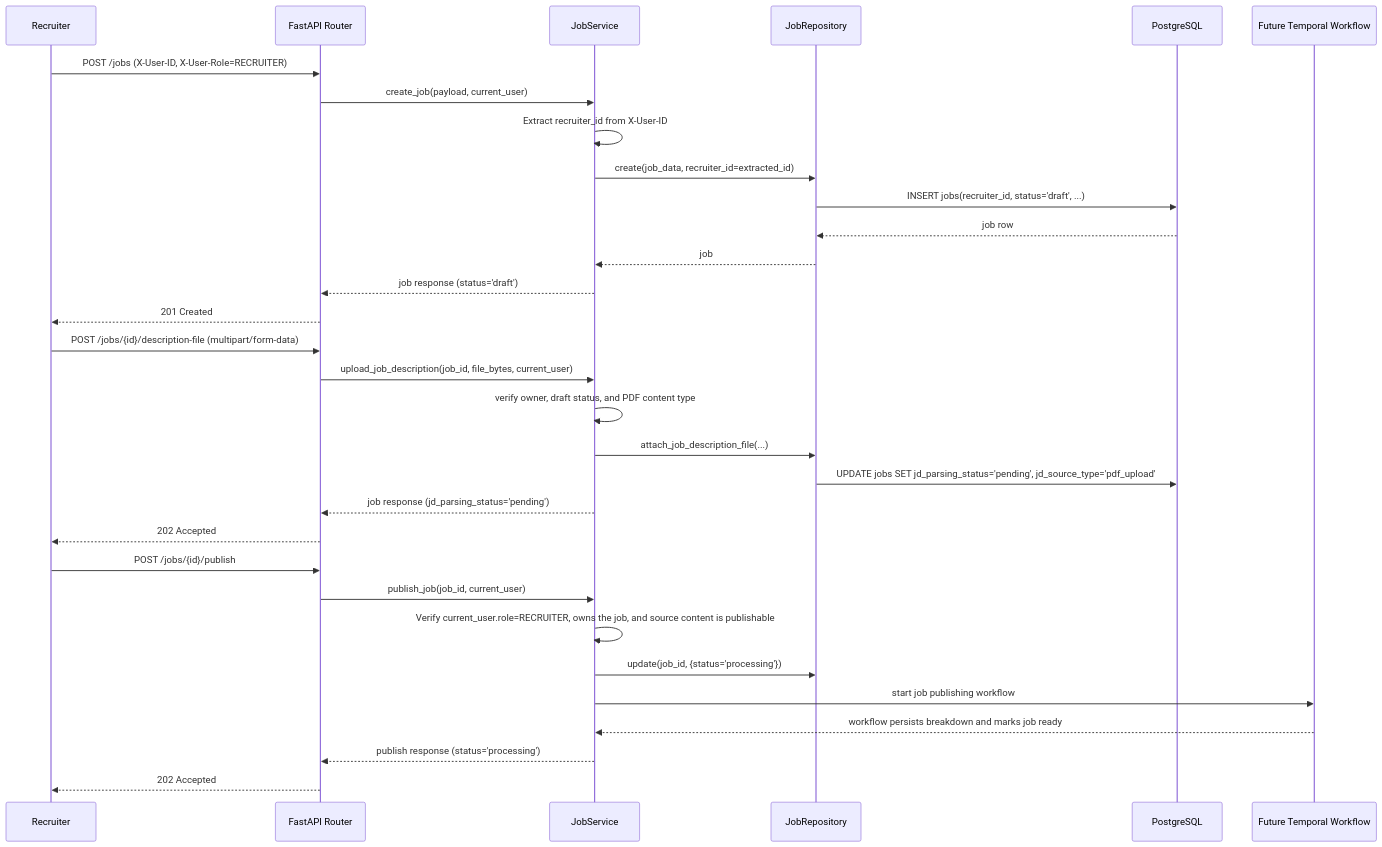
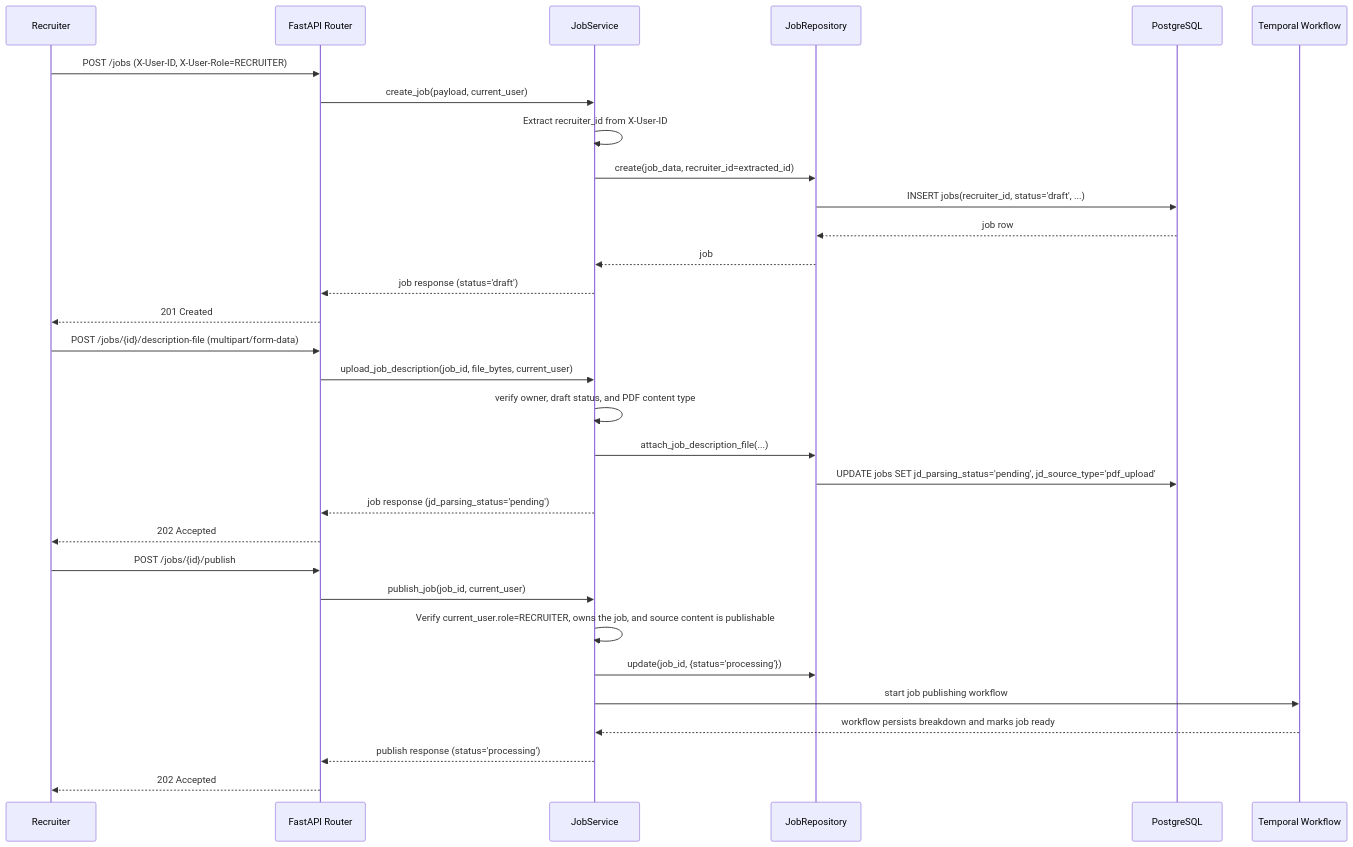
One commit to afnan-emumba/smart-hire changed the third of 7 diagrams in docs/ARCHITECTURE.md. Above: the diagram before and after it, drawn with Mermaid. The commit also changed other lines of this file and 2 other files, not shown here.

````diff
--- a/docs/ARCHITECTURE.md
+++ b/docs/ARCHITECTURE.md
@@ -144,36 +144,36 @@
 ```mermaid
 sequenceDiagram
     participant Recruiter
     participant API as FastAPI Router
     participant Service as JobService
     participant Repo as JobRepository
     participant DB as PostgreSQL
-    participant Temporal as Future Temporal Workflow
+    participant Temporal as Temporal Workflow
 
     Recruiter->>API: POST /jobs (X-User-ID, X-User-Role=RECRUITER)
     API->>Service: create_job(payload, current_user)
     Service->>Service: Extract recruiter_id from X-User-ID
     Service->>Repo: create(job_data, recruiter_id=extracted_id)
     Repo->>DB: INSERT jobs(recruiter_id, status='draft', ...)
     DB-->>Repo: job row
     Repo-->>Service: job
     Service-->>API: job response (status='draft')
     API-->>Recruiter: 201 Created
 
     Recruiter->>API: POST /jobs/{id}/description-file (multipart/form-data)
     API->>Service: upload_job_description(job_id, file_bytes, current_user)
     Service->>Service: verify owner, draft status, and PDF content type
     Service->>Repo: attach_job_description_file(...)
     Repo->>DB: UPDATE jobs SET jd_parsing_status='pending', jd_source_type='pdf_upload'
     Service-->>API: job response (jd_parsing_status='pending')
     API-->>Recruiter: 202 Accepted
 
     Recruiter->>API: POST /jobs/{id}/publish
     API->>Service: publish_job(job_id, current_user)
     Service->>Service: Verify current_user.role=RECRUITER, owns the job, and source content is publishable
     Service->>Repo: update(job_id, {status='processing'})
     Service->>Temporal: start job publishing workflow
     Temporal-->>Service: workflow persists breakdown and marks job ready
     Service-->>API: publish response (status='processing')
     API-->>Recruiter: 202 Accepted
 ```
````
